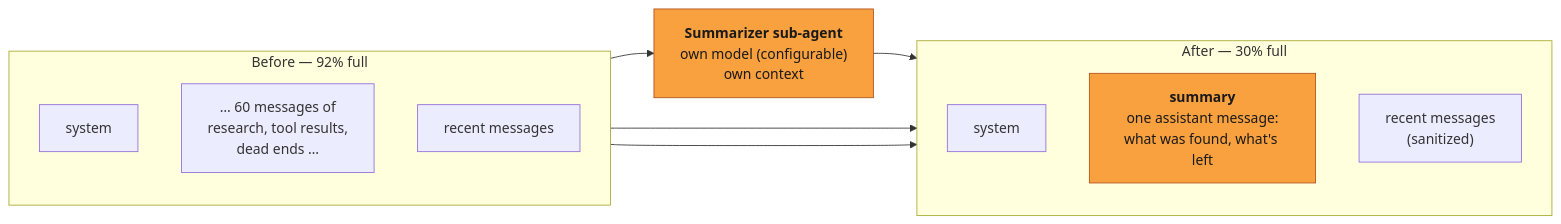
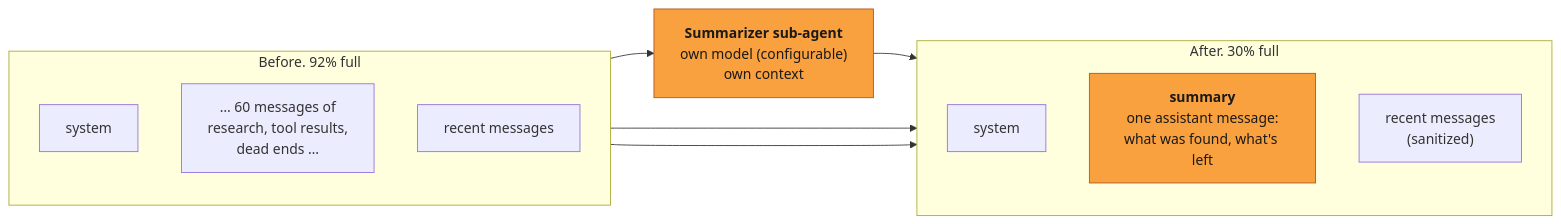
One commit to lvndry/jazz changed the fourth of 4 diagrams in docs/maintainers/context-lifecycle.md. Above: the diagram before and after it, drawn with Mermaid. The commit also changed other lines of this file and 28 other files, not shown here.

````diff
--- a/docs/maintainers/context-lifecycle.md
+++ b/docs/maintainers/context-lifecycle.md
@@ -172,26 +172,26 @@
 ```mermaid
 flowchart LR
-    subgraph in["Before — 92% full"]
+    subgraph in["Before. 92% full"]
         direction TB
         S["system"]
         MID["… 60 messages of<br/>research, tool results,<br/>dead ends …"]
         REC["recent messages"]
     end
 
     SUM["<b>Summarizer sub-agent</b><br/>own model (configurable)<br/>own context"]
 
-    subgraph out["After — 30% full"]
+    subgraph out["After. 30% full"]
         direction TB
         S2["system"]
         SUMMSG["<b>summary</b><br/>one assistant message:<br/>what was found, what's left"]
         REC2["recent messages<br/>(sanitized)"]
     end
 
     MID --> SUM
     SUM --> SUMMSG
     S --> S2
     REC --> REC2
 
     classDef hot fill:#f9a03f,stroke:#b3541e,color:#1a1a1a
     class SUM,SUMMSG hot
 ```
````
